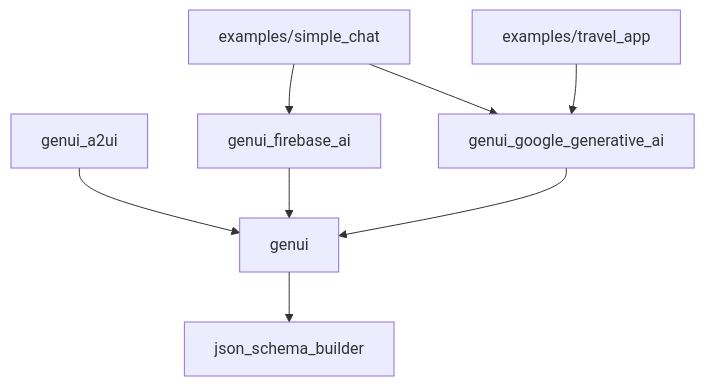
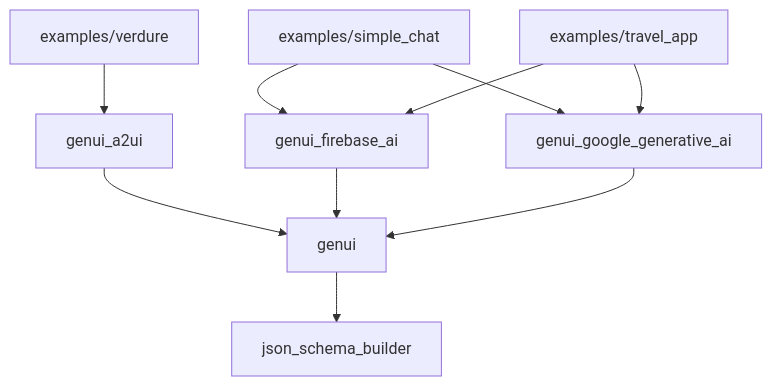
One commit to flutter/genui changed the diagram in README.md. Above: the diagram before and after it, drawn with Mermaid. The commit also changed other lines of this file and 1 other file, not shown here.

````diff
--- a/README.md
+++ b/README.md
@@ -97,10 +99,12 @@
 ```mermaid
 graph TD
   examples/simple_chat --> genui_google_generative_ai
   examples/simple_chat --> genui_firebase_ai
   examples/travel_app --> genui_google_generative_ai
+  examples/travel_app --> genui_firebase_ai
+  examples/verdure --> genui_a2ui
   genui --> json_schema_builder
   genui_a2ui --> genui
   genui_firebase_ai --> genui
   genui_google_generative_ai --> genui
 ```
````
